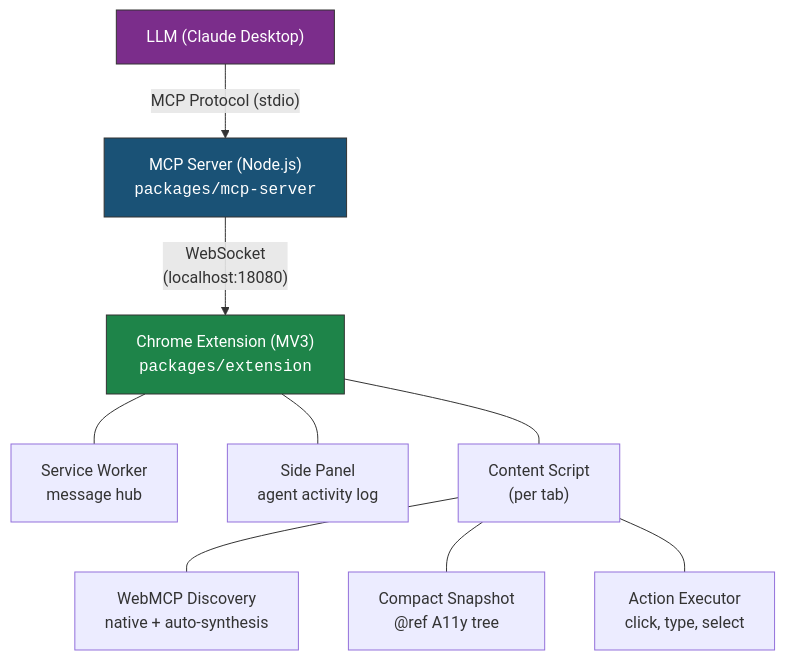
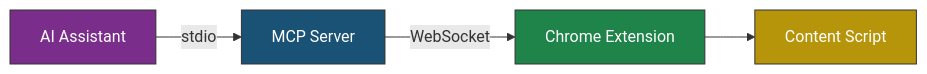
Before and after one commit to kuroko1t/webclaw: the diagram in README.md, drawn with Mermaid. The commit also changed other lines of this file, not shown here.

````diff
--- a/README.md
+++ b/README.md
@@ -20,25 +134,14 @@
 ```mermaid
-flowchart TB
-    LLM["LLM (Claude Desktop)"]
-    MCP["MCP Server (Node.js)<br/><code>packages/mcp-server</code>"]
-    EXT["Chrome Extension (MV3)<br/><code>packages/extension</code>"]
-    SW["Service Worker<br/>message hub"]
-    SP["Side Panel<br/>agent activity log"]
-    CS["Content Script<br/>(per tab)"]
-    WD["WebMCP Discovery<br/>native + auto-synthesis"]
-    SN["Compact Snapshot<br/>@ref A11y tree"]
-    AE["Action Executor<br/>click, type, select"]
+flowchart LR
+    LLM["AI Assistant"]
+    MCP["MCP Server"]
+    EXT["Chrome Extension"]
+    CS["Content Script"]
 
-    LLM -- "MCP Protocol (stdio)" --> MCP
-    MCP -- "WebSocket<br/>(localhost:18080)" --> EXT
-    EXT --- SW
-    EXT --- SP
-    EXT --- CS
-    CS --- WD
-    CS --- SN
-    CS --- AE
+    LLM -- "stdio" --> MCP -- "WebSocket" --> EXT --> CS
 
     style LLM fill:#7b2d8b,stroke:#333,color:#fff
     style MCP fill:#1a5276,stroke:#333,color:#fff
     style EXT fill:#1e8449,stroke:#333,color:#fff
+    style CS fill:#b7950b,stroke:#333,color:#fff
 ```
````
